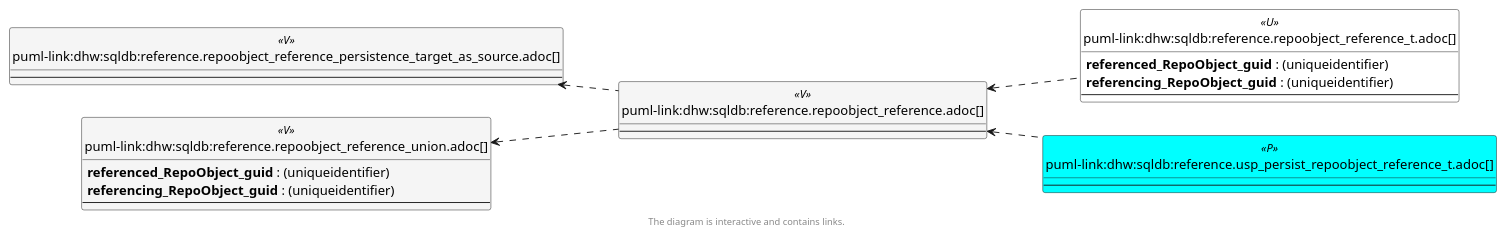
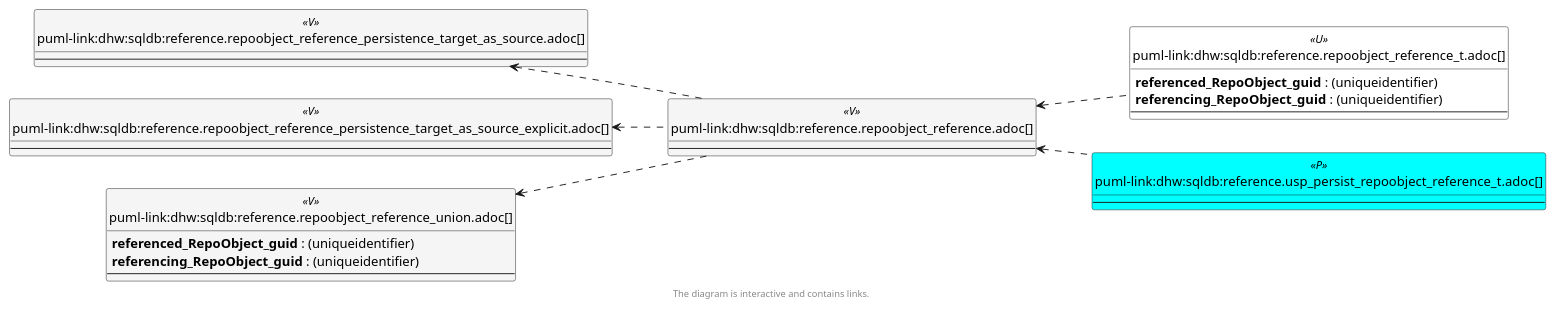
The third of 6 diagrams in docs/modules/sqldb/partials/content/reference.repoobject_reference.adoc (DataHandwerk/dhw-antora-sqldb), drawn with PlantUML before and after one commit. The commit also changed other lines of this file and 751 other files, not shown here.

```diff
--- a/docs/modules/sqldb/partials/content/reference.repoobject_reference.adoc
+++ b/docs/modules/sqldb/partials/content/reference.repoobject_reference.adoc
@@ -896,63 +898,68 @@
 [plantuml, entity_1_1_objectref-{docname}, svg, subs=macros]
 ....
 @startuml
 left to right direction
 'top to bottom direction
 hide circle
 'avoide "." issues:
 set namespaceSeparator none
 
 
 skinparam class {
   BackgroundColor White
   BackgroundColor<<FN>> Yellow
   BackgroundColor<<FS>> Yellow
   BackgroundColor<<FT>> LightGray
   BackgroundColor<<IF>> Yellow
   BackgroundColor<<IS>> Yellow
   BackgroundColor<<P>>  Aqua
   BackgroundColor<<PC>> Aqua
   BackgroundColor<<SN>> Yellow
   BackgroundColor<<SO>> SlateBlue
   BackgroundColor<<TF>> LightGray
   BackgroundColor<<TR>> Tomato
   BackgroundColor<<U>>  White
   BackgroundColor<<V>>  WhiteSmoke
   BackgroundColor<<X>>  Aqua
   BackgroundColor<<external>> AliceBlue
 }
 
 
 entity "puml-link:dhw:sqldb:reference.repoobject_reference.adoc[]" as reference.RepoObject_reference << V >> {
   --
 }
 
 entity "puml-link:dhw:sqldb:reference.repoobject_reference_persistence_target_as_source.adoc[]" as reference.RepoObject_reference_persistence_target_as_source << V >> {
   --
 }
 
+entity "puml-link:dhw:sqldb:reference.repoobject_reference_persistence_target_as_source_explicit.adoc[]" as reference.RepoObject_reference_persistence_target_as_source_explicit << V >> {
+  --
+}
+
 entity "puml-link:dhw:sqldb:reference.repoobject_reference_t.adoc[]" as reference.RepoObject_reference_T << U >> {
   **referenced_RepoObject_guid** : (uniqueidentifier)
   **referencing_RepoObject_guid** : (uniqueidentifier)
   --
 }
 
 entity "puml-link:dhw:sqldb:reference.repoobject_reference_union.adoc[]" as reference.RepoObject_reference_union << V >> {
   **referenced_RepoObject_guid** : (uniqueidentifier)
   **referencing_RepoObject_guid** : (uniqueidentifier)
   --
 }
 
 entity "puml-link:dhw:sqldb:reference.usp_persist_repoobject_reference_t.adoc[]" as reference.usp_PERSIST_RepoObject_reference_T << P >> {
   --
 }
 
 reference.RepoObject_reference <.. reference.RepoObject_reference_T
 reference.RepoObject_reference <.. reference.usp_PERSIST_RepoObject_reference_T
 reference.RepoObject_reference_persistence_target_as_source <.. reference.RepoObject_reference
+reference.RepoObject_reference_persistence_target_as_source_explicit <.. reference.RepoObject_reference
 reference.RepoObject_reference_union <.. reference.RepoObject_reference
 
 footer The diagram is interactive and contains links.
 
 @enduml
 ....
```
